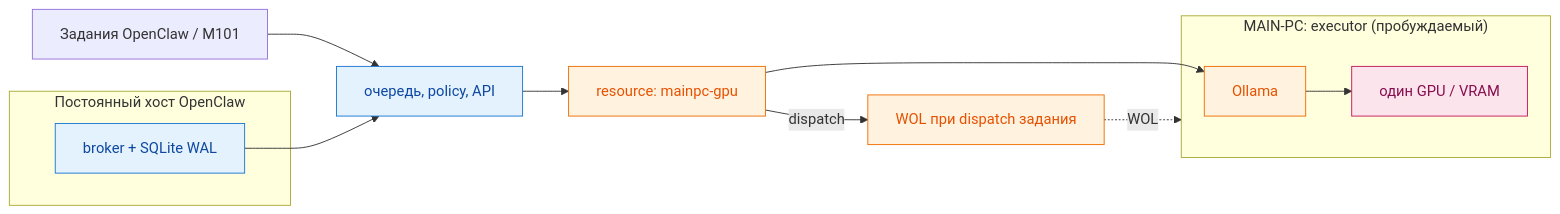
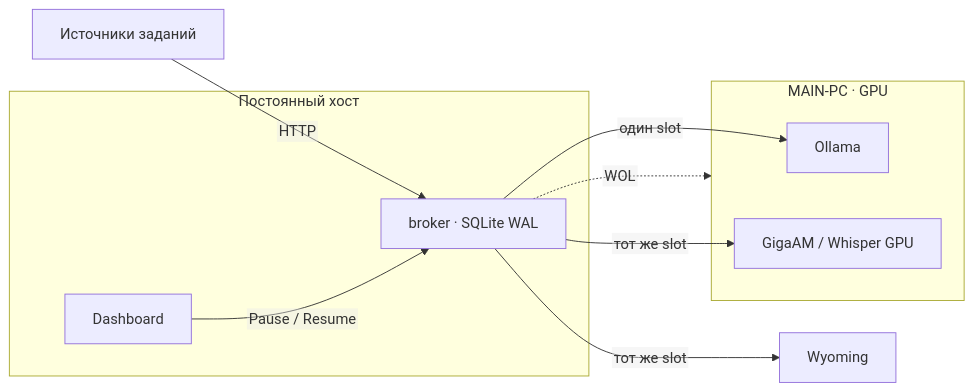
Before and after one commit to dankarization/inference-broker: the diagram in README.md, drawn with Mermaid. The commit also changed other lines of this file and 2 other files, not shown here.

Commit message:
docs: refresh broker architecture and dashboard screenshots

````diff
--- a/README.md
+++ b/README.md
@@ -23,28 +11,17 @@
 ```mermaid
+%%{init: {"flowchart": {"htmlLabels": false}}}%%
 flowchart LR
-    classDef alwaysOn fill:#e3f2fd,stroke:#1976d2,color:#0d47a1
-    classDef wakeable fill:#fff3e0,stroke:#ef6c00,color:#e65100
-    classDef gpu fill:#fce4ec,stroke:#c2185b,color:#880e4f
-
-    subgraph HOST["Постоянный хост OpenClaw"]
-        broker["broker + SQLite WAL"]:::alwaysOn
+    jobs["Источники заданий"] -->|HTTP| broker
+    subgraph HOST["Постоянный хост"]
+        broker["broker · SQLite WAL"]
+        ui["Dashboard"] -->|Pause / Resume| broker
     end
-
-    jobs["Задания OpenClaw / M101"]
-    queue["очередь, policy, API"]:::alwaysOn
-    resource["resource: mainpc-gpu"]:::wakeable
-    wol["WOL при dispatch задания"]:::wakeable
-
-    subgraph MAINPC["MAIN-PC: executor (пробуждаемый)"]
-        ollama["Ollama"]:::wakeable
-        gpu["один GPU / VRAM"]:::gpu
+    subgraph MAINPC["MAIN-PC · GPU"]
+        ollama["Ollama"]
+        voice["GigaAM / Whisper GPU"]
     end
-
-    jobs --> queue
-    broker --> queue
-    queue --> resource
-    resource -->|dispatch| wol
-    wol -.->|WOL| MAINPC
-    resource --> ollama
-    ollama --> gpu
+    broker -->|один slot| ollama
+    broker -->|тот же slot| voice
+    broker -->|тот же slot| wyoming["Wyoming"]
+    broker -.->|WOL| MAINPC
 ```
````
